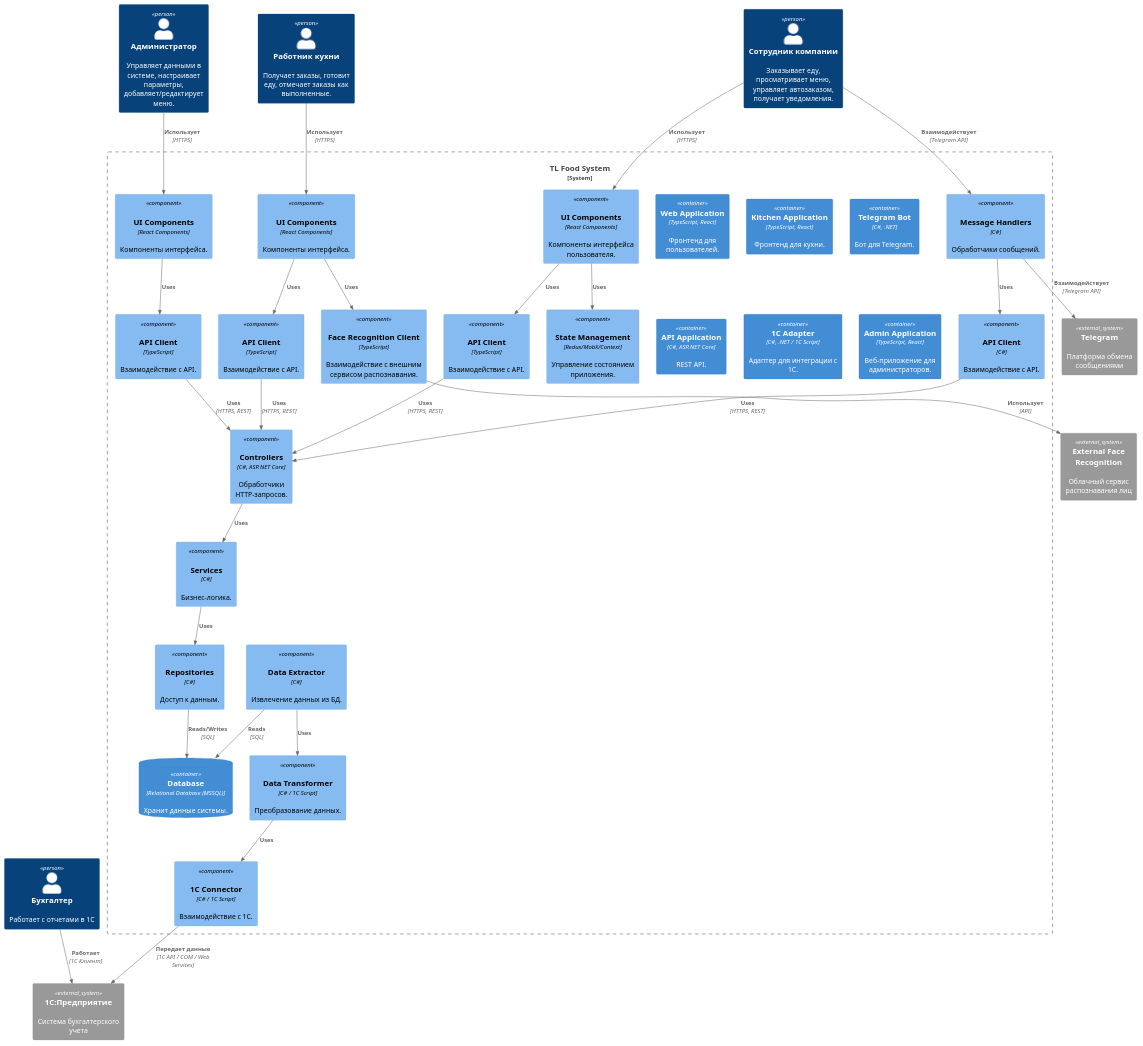
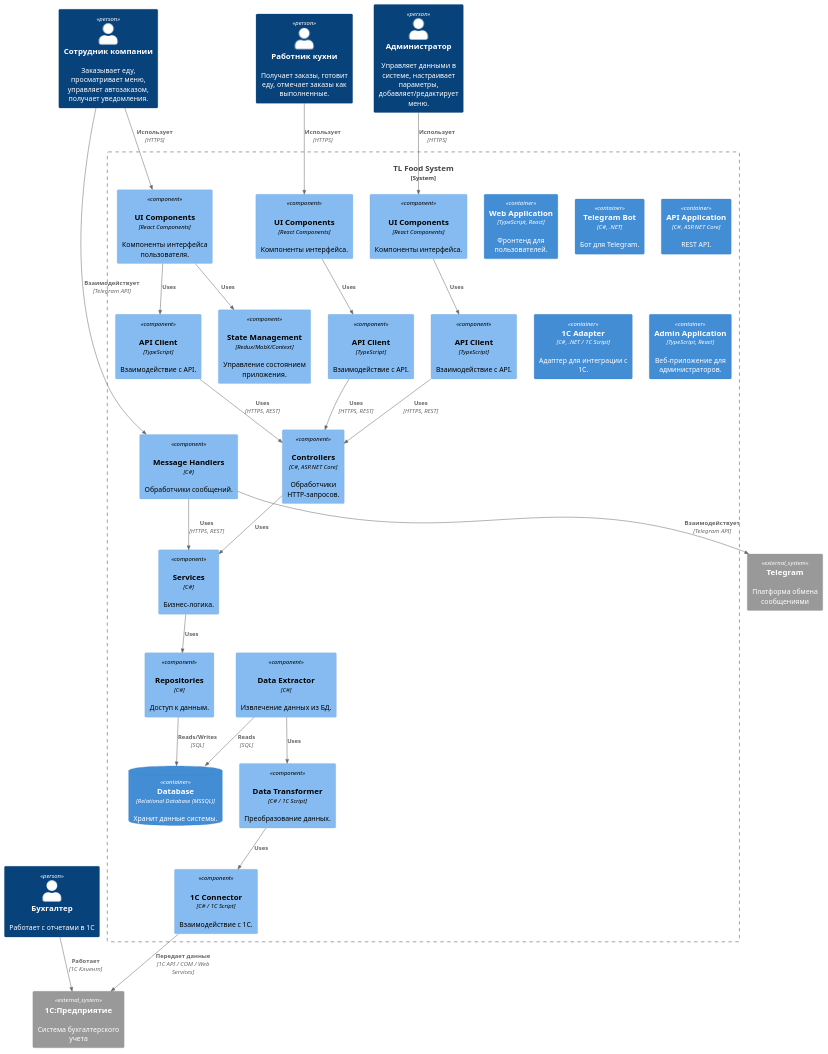
The diagram in C4/Component C4.md (GornikMaria/SoftwareProjectManagement), drawn with PlantUML before and after one commit. The commit also changed 12 other files, not shown here.

````diff
--- a/C4/Component C4.md
+++ b/C4/Component C4.md
@@ -2,76 +1,68 @@
 ```plantuml
 @startuml
 !include <c4/C4_Component>
 
 ' Внешние пользователи и системы
 Person(user, "Сотрудник компании", "Заказывает еду, просматривает меню, управляет автозаказом, получает уведомления.")
 Person(cook, "Работник кухни", "Получает заказы, готовит еду, отмечает заказы как выполненные.")
 Person(admin, "Администратор", "Управляет данными в системе, настраивает параметры, добавляет/редактирует меню.")
 Person(accountant, "Бухгалтер", "Работает с отчетами в 1С")
 
+
 System_Ext(one_c, "1С:Предприятие", "Система бухгалтерского учета")
 System_Ext(telegram, "Telegram", "Платформа обмена сообщениями")
-System_Ext(face_recognition_external, "External Face Recognition", "Облачный сервис распознавания лиц")
 
 System_Boundary(c1, "TL Food System") {
 
     ContainerDb(database, "Database", "Relational Database (MSSQL)", "Хранит данные системы.")
 
     Container(web_app, "Web Application", "TypeScript, React", "Фронтенд для пользователей.")
-        Component(web_app_ui, "UI Components", "React Components", "Компоненты интерфейса пользователя.", web_app)
-        Component(web_app_state, "State Management", "Redux/MobX/Context", "Управление состоянием приложения.", web_app)
-        Component(web_app_api_client, "API Client", "TypeScript", "Взаимодействие с API.", web_app)
-        Rel(web_app_ui, web_app_state, "Uses")
-        Rel(web_app_ui, web_app_api_client, "Uses")
-        Rel(user, web_app_ui, "Использует", "HTTPS")
+	Component(api_services, "Services", "C#", "Бизнес-логика.", api)
+	Component(web_app_ui, "UI Components", "React Components", "Компоненты интерфейса пользователя.", web_app)
+	Component(web_app_state, "State Management", "Redux/MobX/Context", "Управление состоянием приложения.", web_app)
+	Component(web_app_api_client, "API Client", "TypeScript", "Взаимодействие с API.", web_app)
+	Rel(web_app_ui, web_app_state, "Uses")
+	Rel(web_app_ui, web_app_api_client, "Uses")
+	Rel(user, web_app_ui, "Использует", "HTTPS")
 
 
-    Container(kitchen_app, "Kitchen Application", "TypeScript, React", "Фронтенд для кухни.")
         Component(kitchen_app_ui, "UI Components", "React Components", "Компоненты интерфейса.", kitchen_app)
-        Component(kitchen_app_face_client, "Face Recognition Client", "TypeScript", "Взаимодействие с внешним сервисом распознавания.", kitchen_app)
         Component(kitchen_app_api_client, "API Client", "TypeScript", "Взаимодействие с API.", kitchen_app)
-        Rel(kitchen_app_ui, kitchen_app_face_client, "Uses")
         Rel(kitchen_app_ui, kitchen_app_api_client, "Uses")
         Rel(cook, kitchen_app_ui, "Использует", "HTTPS")
-        Rel(kitchen_app_face_client, face_recognition_external, "Использует", "API")
 
     Container(tg_bot, "Telegram Bot", "C#, .NET", "Бот для Telegram.")
         Component(tg_bot_handlers, "Message Handlers", "C#", "Обработчики сообщений.", tg_bot)
-        Component(tg_bot_api_client, "API Client", "C#", "Взаимодействие с API.", tg_bot)
-        Rel(tg_bot_handlers, tg_bot_api_client, "Uses")
         Rel(user, tg_bot_handlers, "Взаимодействует", "Telegram API")
         Rel(tg_bot_handlers, telegram, "Взаимодействует", "Telegram API")
+        Rel(tg_bot_handlers, api_services, "Uses", "HTTPS, REST")
 
     Container(api, "API Application", "C#, ASP.NET Core", "REST API.")
         Component(api_controllers, "Controllers", "C#, ASP.NET Core", "Обработчики HTTP-запросов.", api)
-        Component(api_services, "Services", "C#", "Бизнес-логика.", api)
+        
         Component(api_repositories, "Repositories", "C#", "Доступ к данным.", api)
         Rel(api_controllers, api_services, "Uses")
         Rel(api_services, api_repositories, "Uses")
         Rel(api_repositories, database, "Reads/Writes", "SQL")
         Rel(web_app_api_client, api_controllers, "Uses", "HTTPS, REST")
         Rel(kitchen_app_api_client, api_controllers, "Uses", "HTTPS, REST")
-        Rel(tg_bot_api_client, api_controllers, "Uses", "HTTPS, REST")
-
 
     Container(adapter_1c, "1C Adapter", "C#, .NET / 1C Script", "Адаптер для интеграции с 1С.")
         Component(adapter_1c_data_extractor, "Data Extractor", "C#", "Извлечение данных из БД.", adapter_1c)
         Component(adapter_1c_data_transformer, "Data Transformer", "C# / 1C Script", "Преобразование данных.", adapter_1c)
         Component(adapter_1c_1c_connector, "1C Connector", "C# / 1C Script", "Взаимодействие с 1С.", adapter_1c)
         Rel(adapter_1c_data_extractor, database, "Reads", "SQL")
         Rel(adapter_1c_data_extractor, adapter_1c_data_transformer, "Uses")
         Rel(adapter_1c_data_transformer, adapter_1c_1c_connector, "Uses")
         Rel(adapter_1c_1c_connector, one_c, "Передает данные", "1C API / COM / Web Services")
         Rel(accountant, one_c, "Работает", "1С Клиент")
 
-
     Container(admin_app, "Admin Application", "TypeScript, React", "Веб-приложение для администраторов.")
         Component(admin_app_ui, "UI Components", "React Components", "Компоненты интерфейса.", admin_app)
         Component(admin_app_api_client, "API Client", "TypeScript", "Взаимодействие с API.", admin_app)
         Rel(admin_app_ui, admin_app_api_client, "Uses")
         Rel(admin, admin_app_ui, "Использует", "HTTPS")
-
-        Rel(admin_app_api_client, api_controllers, "Uses","HTTPS, REST")
+        Rel(admin_app_api_client, api_controllers, "Uses", "HTTPS, REST")
 }
 @enduml
 ```
````
